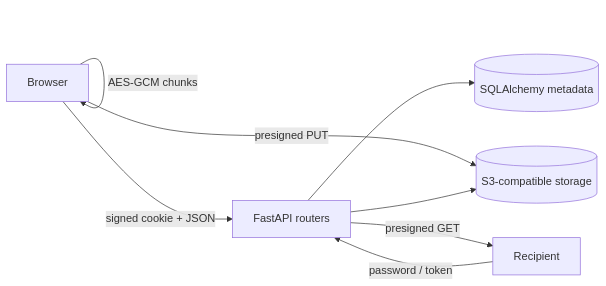
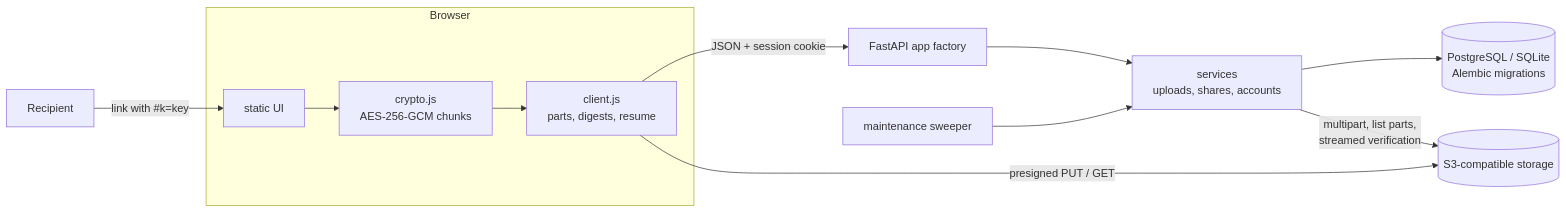
One commit to FrancisWorld/vaultdrop changed the diagram in README.md. Above: the diagram before and after it, drawn with Mermaid. The commit also changed other lines of this file and 1 other file, not shown here.

````diff
--- a/README.md
+++ b/README.md
@@ -13,10 +19,14 @@
 ```mermaid
 flowchart LR
-  Browser -->|AES-GCM chunks| Browser
-  Browser -->|signed cookie + JSON| API[FastAPI routers]
-  Browser -->|presigned PUT| S3[(S3-compatible storage)]
-  API --> DB[(SQLAlchemy metadata)]
-  API --> S3
-  Share[Recipient] -->|password / token| API
-  API -->|presigned GET| Share
+  subgraph Browser
+    UI[static UI] --> C[crypto.js<br/>AES-256-GCM chunks]
+    C --> CL[client.js<br/>parts, digests, resume]
+  end
+  CL -->|JSON + session cookie| API[FastAPI app factory]
+  CL -->|presigned PUT / GET| S3[(S3-compatible storage)]
+  API --> SVC[services<br/>uploads, shares, accounts]
+  SVC --> DB[(PostgreSQL / SQLite<br/>Alembic migrations)]
+  SVC -->|multipart, list parts,<br/>streamed verification| S3
+  MAINT[maintenance sweeper] --> SVC
+  Recipient -->|link with #k=key| UI
 ```
````
